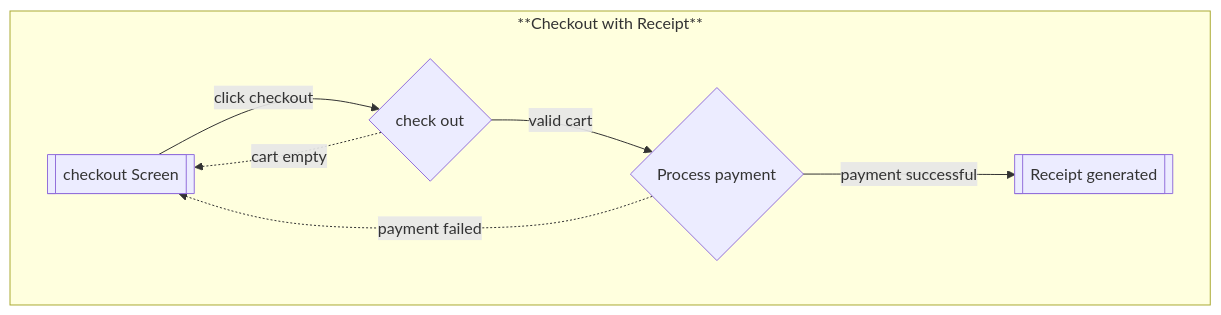
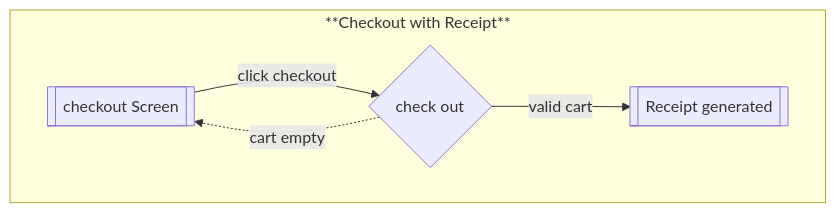
Before and after one commit to asantec2/cassy-project: the second of 2 diagrams in flows.md, drawn with Mermaid. The commit also changed 12 other files, not shown here.

````diff
--- a/flows.md
+++ b/flows.md
@@ -21,11 +21,9 @@
 ```mermaid
 flowchart
 subgraph **Checkout with Receipt**
 CheckoutScreen[[checkout Screen]]--click checkout-->Checkout{check out}
 Checkout -.cart empty .->CheckoutScreen
-Checkout --valid cart-->Payment{Process payment}
-Payment -. payment failed .-> CheckoutScreen
-Payment -- payment successful -->Receipt[[Receipt generated]]
+Checkout --valid cart-->Receipt[[Receipt generated]]
 
 end
 ```
````
